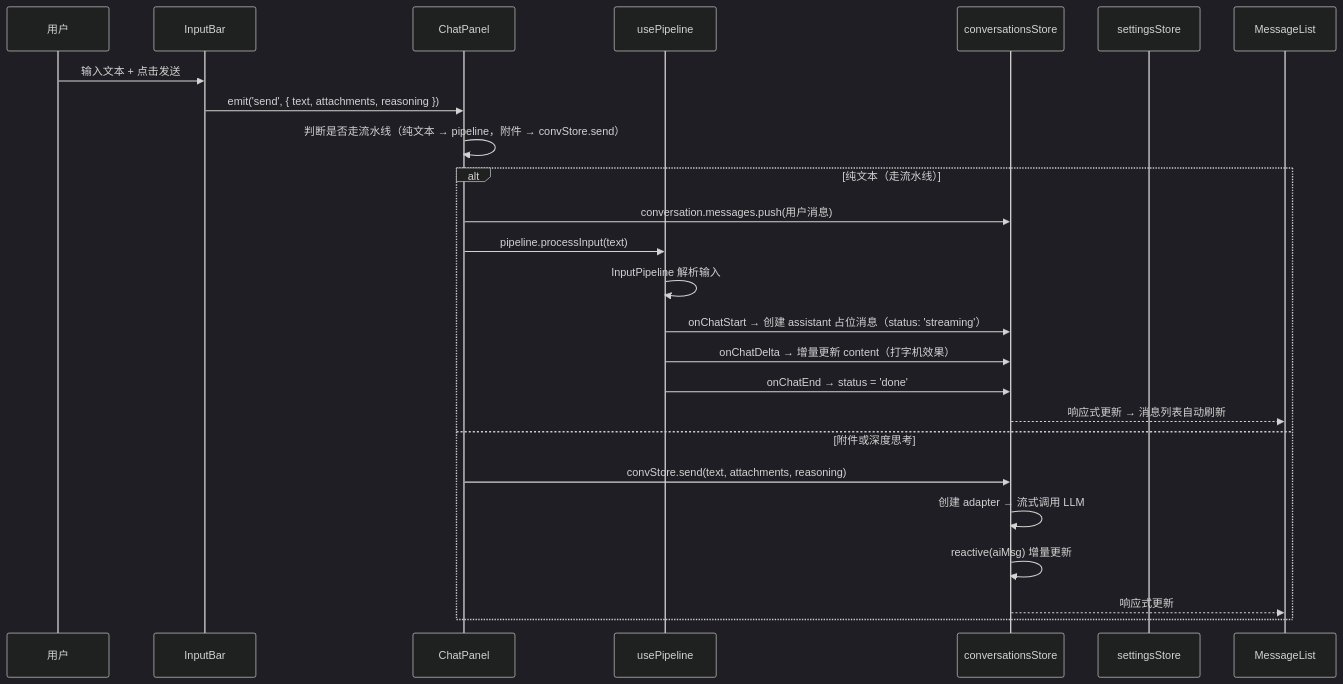
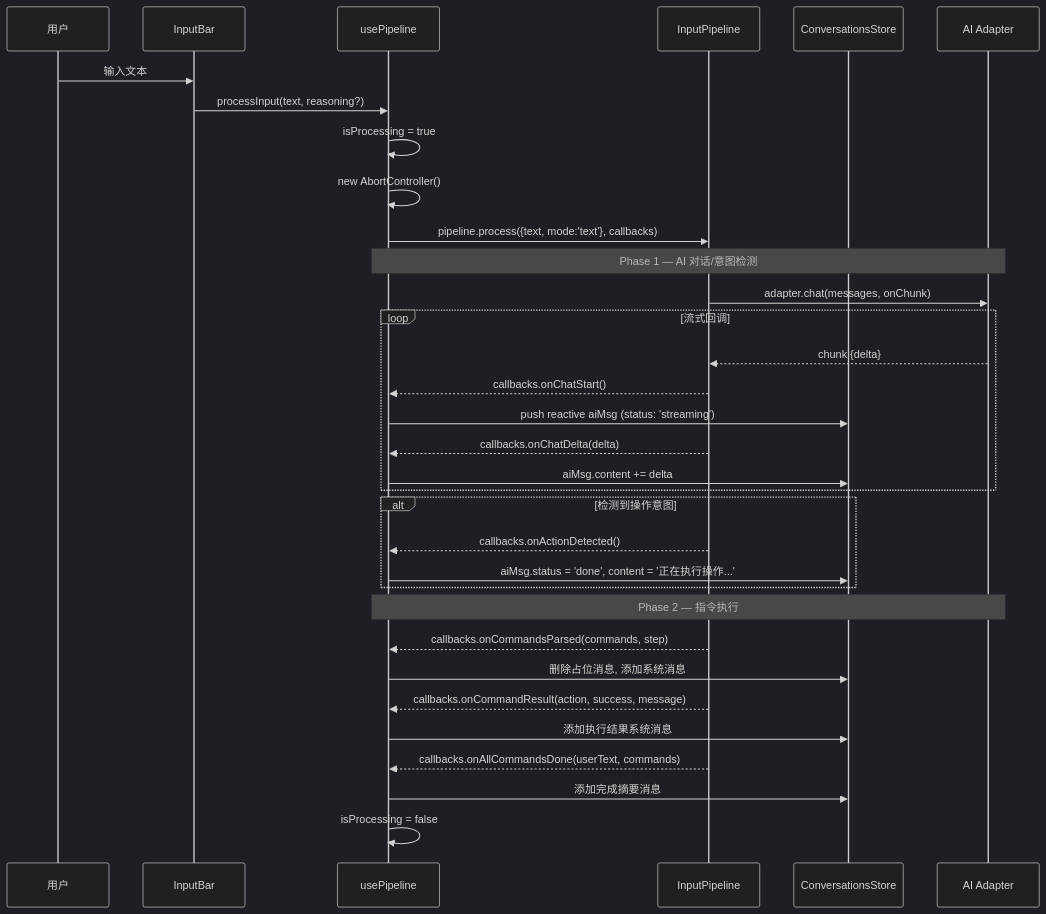
Before and after one commit to zw123zw/ai-browser: the fifth of 8 diagrams in docs/architecture/content-script.md, drawn with Mermaid (dark theme). The commit also changed other lines of this file and 42 other files, not shown here.

````diff
--- a/docs/architecture/content-script.md
+++ b/docs/architecture/content-script.md
@@ -338,29 +223,44 @@
 ```mermaid
 sequenceDiagram
     participant User as 用户
-    participant IB as InputBar
-    participant CP as ChatPanel
-    participant PL as usePipeline
-    participant CS as conversationsStore
-    participant SS as settingsStore
-    participant ML as MessageList
+    participant InputBar as InputBar
+    participant Pipeline as usePipeline
+    participant IP as InputPipeline
+    participant Conv as ConversationsStore
+    participant Adapter as AI Adapter
 
-    User->>IB: 输入文本 + 点击发送
-    IB->>CP: emit('send', { text, attachments, reasoning })
-    CP->>CP: 判断是否走流水线（纯文本 → pipeline，附件 → convStore.send）
+    User->>InputBar: 输入文本
+    InputBar->>Pipeline: processInput(text, reasoning?)
+    Pipeline->>Pipeline: isProcessing = true
+    Pipeline->>Pipeline: new AbortController()
 
-    alt 纯文本（走流水线）
-        CP->>CS: conversation.messages.push(用户消息)
-        CP->>PL: pipeline.processInput(text)
-        PL->>PL: InputPipeline 解析输入
-        PL->>CS: onChatStart → 创建 assistant 占位消息（status: 'streaming'）
-        PL->>CS: onChatDelta → 增量更新 content（打字机效果）
-        PL->>CS: onChatEnd → status = 'done'
-        CS-->>ML: 响应式更新 → 消息列表自动刷新
-    else 附件或深度思考
-        CP->>CS: convStore.send(text, attachments, reasoning)
-        CS->>CS: 创建 adapter → 流式调用 LLM
-        CS->>CS: reactive(aiMsg) 增量更新
-        CS-->>ML: 响应式更新
+    Pipeline->>IP: pipeline.process({text, mode:'text'}, callbacks)
+
+    Note over Pipeline,Adapter: Phase 1 — AI 对话/意图检测
+    IP->>Adapter: adapter.chat(messages, onChunk)
+
+    loop 流式回调
+        Adapter-->>IP: chunk {delta}
+        IP-->>Pipeline: callbacks.onChatStart()
+        Pipeline->>Conv: push reactive aiMsg (status: 'streaming')
+        IP-->>Pipeline: callbacks.onChatDelta(delta)
+        Pipeline->>Conv: aiMsg.content += delta
     end
+
+    alt 检测到操作意图
+        IP-->>Pipeline: callbacks.onActionDetected()
+        Pipeline->>Conv: aiMsg.status = 'done', content = '正在执行操作...'
+    end
+
+    Note over Pipeline,Adapter: Phase 2 — 指令执行
+    IP-->>Pipeline: callbacks.onCommandsParsed(commands, step)
+    Pipeline->>Conv: 删除占位消息, 添加系统消息
+
+    IP-->>Pipeline: callbacks.onCommandResult(action, success, message)
+    Pipeline->>Conv: 添加执行结果系统消息
+
+    IP-->>Pipeline: callbacks.onAllCommandsDone(userText, commands)
+    Pipeline->>Conv: 添加完成摘要消息
+
+    Pipeline->>Pipeline: isProcessing = false
 ```
````
